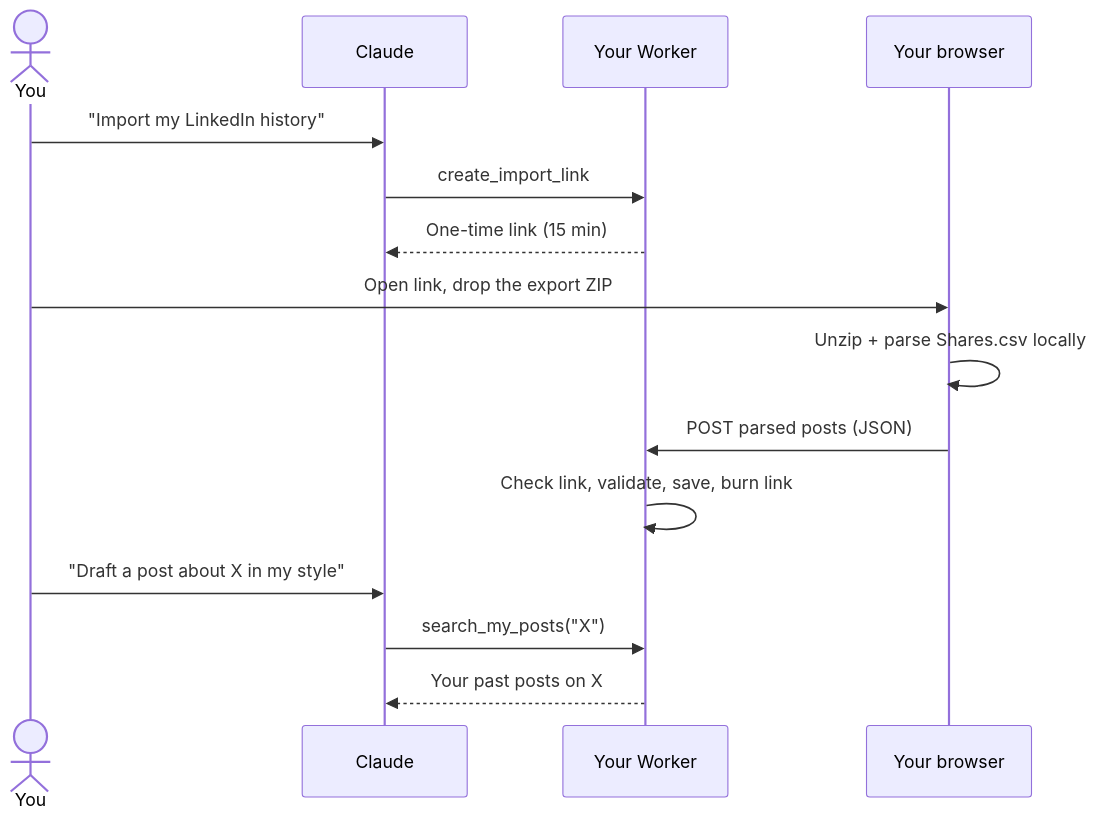
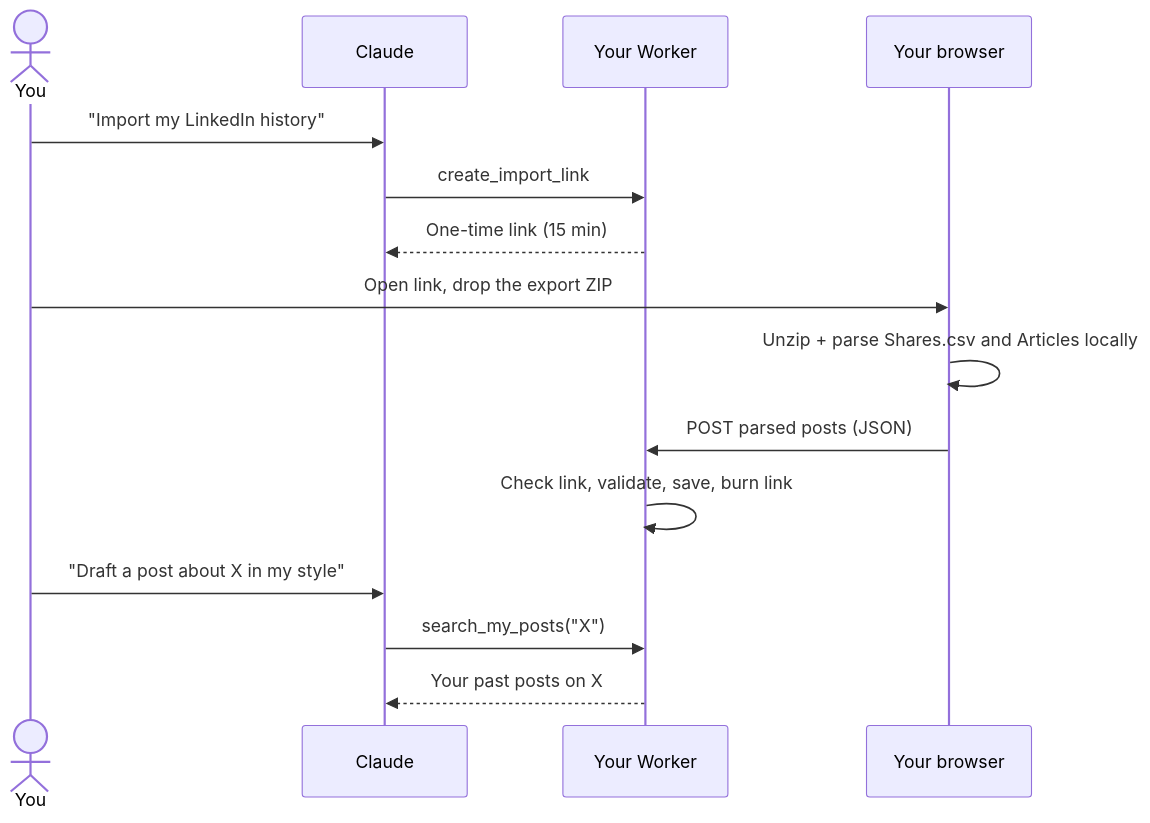
Before and after one commit to arooj1/postline-mcp: the fourth of 5 diagrams in README.md, drawn with Mermaid. The commit also changed other lines of this file and 10 other files, not shown here.

````diff
--- a/README.md
+++ b/README.md
@@ -138,17 +138,17 @@
 ```mermaid
 sequenceDiagram
     actor You
     participant C as Claude
     participant W as Your Worker
     participant B as Your browser
     You->>C: "Import my LinkedIn history"
     C->>W: create_import_link
     W-->>C: One-time link (15 min)
     You->>B: Open link, drop the export ZIP
-    B->>B: Unzip + parse Shares.csv locally
+    B->>B: Unzip + parse Shares.csv and Articles locally
     B->>W: POST parsed posts (JSON)
     W->>W: Check link, validate, save, burn link
     You->>C: "Draft a post about X in my style"
     C->>W: search_my_posts("X")
     W-->>C: Your past posts on X
 ```
````
